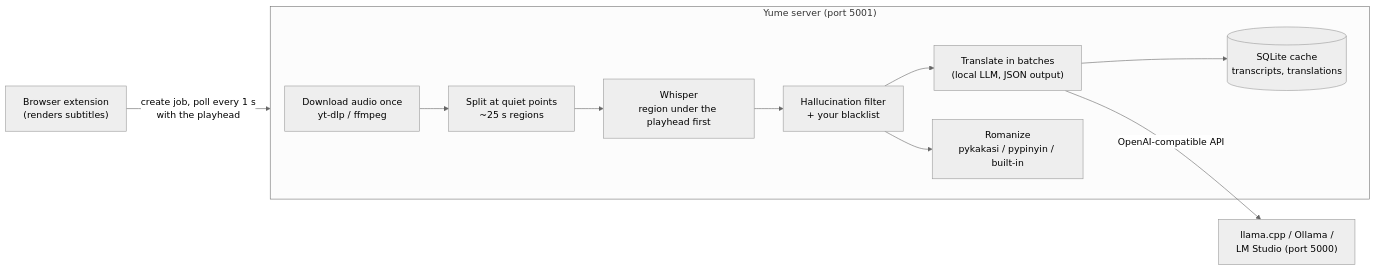
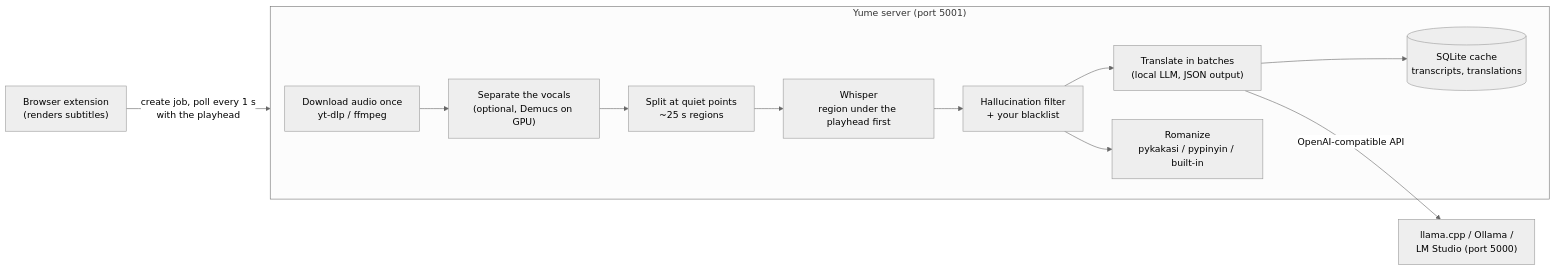
Before and after one commit to jenox645/Yume: the diagram in README.md, drawn with Mermaid (neutral theme). The commit also changed other lines of this file and 7 other files, not shown here.

````diff
--- a/README.md
+++ b/README.md
@@ -78,13 +88,14 @@
 ```mermaid
 graph LR
     EXT["Browser extension<br/>(renders subtitles)"] -- "create job, poll every 1 s<br/>with the playhead" --> SRV
     subgraph SRV ["Yume server (port 5001)"]
-        DL["Download audio once<br/>yt-dlp / ffmpeg"] --> RG["Split at quiet points<br/>~25 s regions"]
+        DL["Download audio once<br/>yt-dlp / ffmpeg"] --> SEP["Separate the vocals<br/>(optional, Demucs on GPU)"]
+        SEP --> RG["Split at quiet points<br/>~25 s regions"]
         RG --> WH["Whisper<br/>region under the playhead first"]
         WH --> FL["Hallucination filter<br/>+ your blacklist"]
         FL --> TR["Translate in batches<br/>(local LLM, JSON output)"]
         FL --> RO["Romanize<br/>pykakasi / pypinyin / built-in"]
         TR --> DB[("SQLite cache<br/>transcripts, translations")]
     end
     TR -- "OpenAI-compatible API" --> LLM["llama.cpp / Ollama /<br/>LM Studio (port 5000)"]
 ```
````
